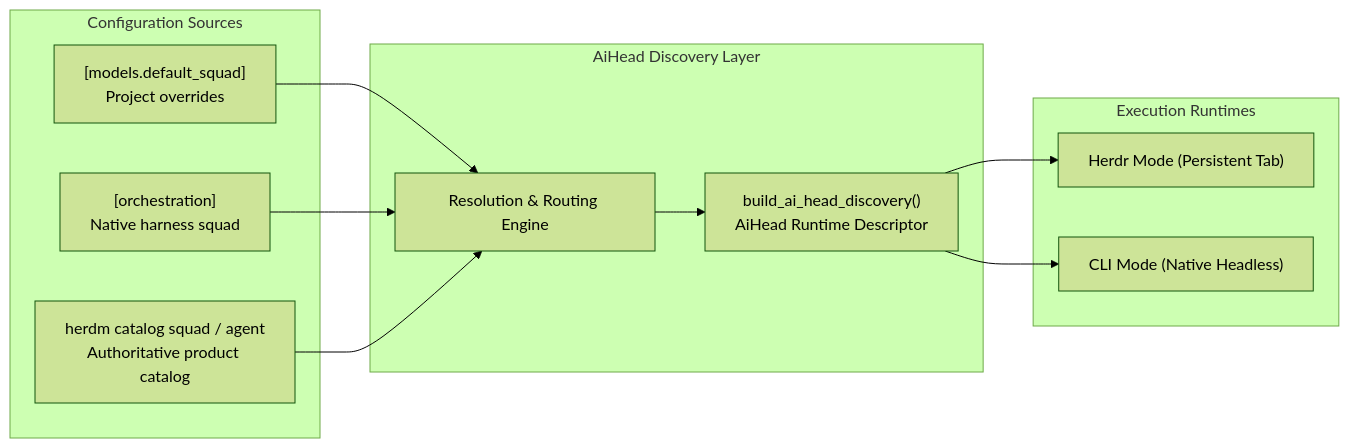
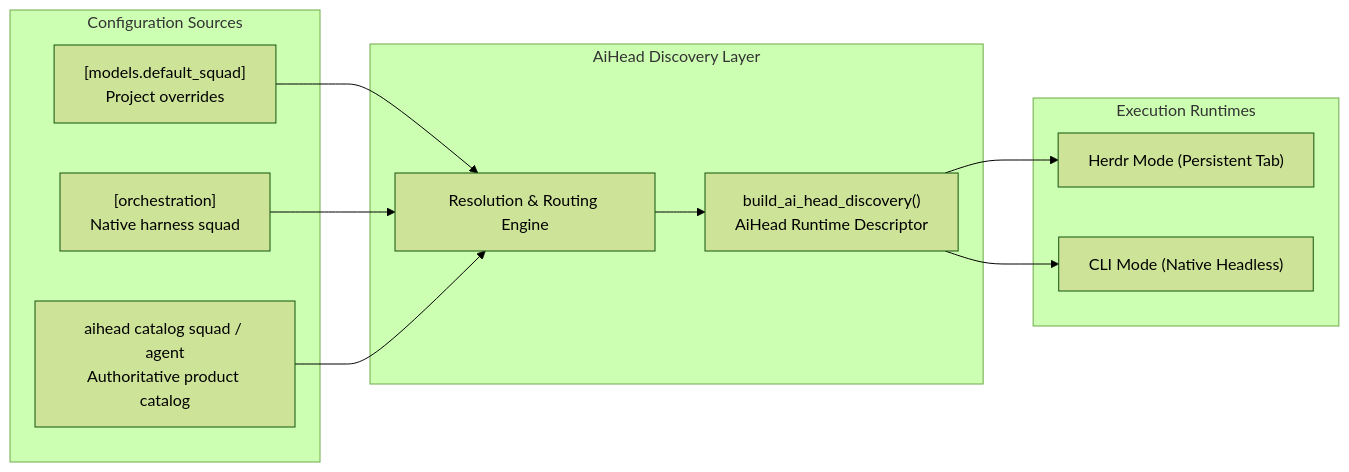
The fourth of 4 diagrams in docs/council-aihead.md (pank85/AiHead-Orchestrator), drawn with Mermaid (forest theme) before and after one commit. The commit also changed other lines of this file and 31 other files, not shown here.

Commit message:
feat(cli): complete herdm to aihead migration

````diff
--- a/docs/council-aihead.md
+++ b/docs/council-aihead.md
@@ -429,25 +429,25 @@
 ```mermaid
 flowchart LR
     subgraph ConfigSources["Configuration Sources"]
         TomlSquad["[models.default_squad]<br/>Project overrides"]
         TomlOrch["[orchestration]<br/>Native harness squad"]
-        Catalog["herdm catalog squad / agent<br/>Authoritative product catalog"]
+        Catalog["aihead catalog squad / agent<br/>Authoritative product catalog"]
     end
 
     subgraph DiscoveryLayer["AiHead Discovery Layer"]
         Resolver["Resolution & Routing Engine"]
         AiHeadDesc["build_ai_head_discovery()<br/>AiHead Runtime Descriptor"]
     end
 
     subgraph Runtimes["Execution Runtimes"]
         HerdrTab["Herdr Mode (Persistent Tab)"]
         HeadlessCLI["CLI Mode (Native Headless)"]
     end
 
     TomlSquad --> Resolver
     TomlOrch --> Resolver
     Catalog --> Resolver
     Resolver --> AiHeadDesc
     AiHeadDesc --> HerdrTab
     AiHeadDesc --> HeadlessCLI
 ```
````
